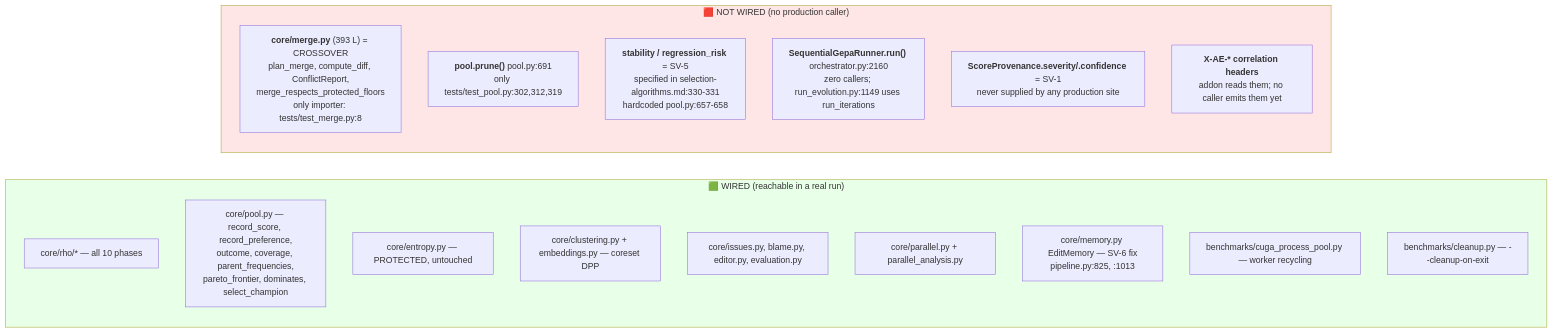
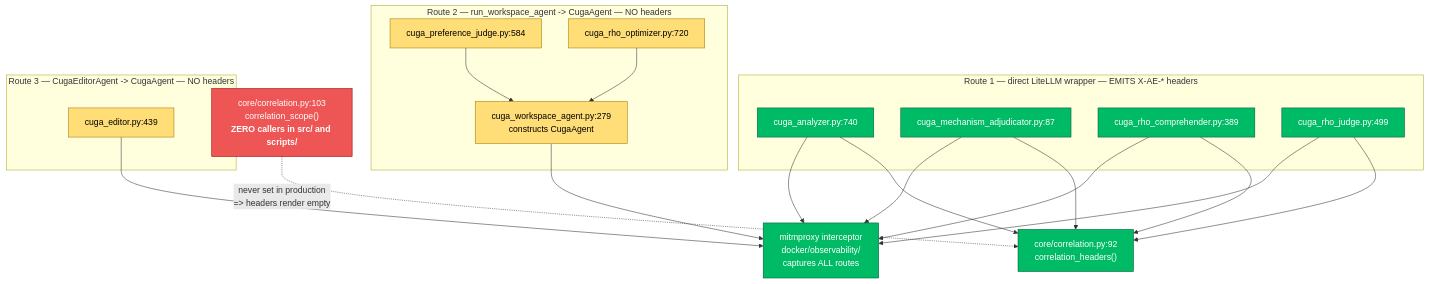
The fifth of 8 diagrams in docs/architecture/IMPLEMENTED-PIPELINE-MAP.md (one-little-step/AgentEvolve), drawn with Mermaid before and after one commit. The commit also changed other lines of this file and 8 other files, not shown here.

````diff
--- a/docs/architecture/IMPLEMENTED-PIPELINE-MAP.md
+++ b/docs/architecture/IMPLEMENTED-PIPELINE-MAP.md
@@ -272,26 +206,31 @@
 ```mermaid
-flowchart LR
-    subgraph WIRED["🟩 WIRED (reachable in a real run)"]
-      W1["core/rho/* — all 10 phases"]
-      W2["core/pool.py — record_score, record_preference,<br/>outcome, coverage, parent_frequencies,<br/>pareto_frontier, dominates, select_champion"]
-      W3["core/entropy.py — PROTECTED, untouched"]
-      W4["core/clustering.py + embeddings.py — coreset DPP"]
-      W5["core/issues.py, blame.py, editor.py, evaluation.py"]
-      W6["core/parallel.py + parallel_analysis.py"]
-      W7["core/memory.py EditMemory — SV-6 fix<br/>pipeline.py:825, :1013"]
-      W8["benchmarks/cuga_process_pool.py — worker recycling"]
-      W9["benchmarks/cleanup.py — --cleanup-on-exit"]
+flowchart TB
+    subgraph A["Route 1 — direct LiteLLM wrapper — EMITS X-AE-* headers"]
+        A1["cuga_analyzer.py:740"]:::live
+        A2["cuga_mechanism_adjudicator.py:87"]:::live
+        A3["cuga_rho_comprehender.py:389"]:::live
+        A4["cuga_rho_judge.py:499"]:::live
+    end
+    subgraph B["Route 2 — run_workspace_agent -> CugaAgent — NO headers"]
+        B1["cuga_preference_judge.py:584"]:::gap
+        B2["cuga_rho_optimizer.py:720"]:::gap
+        B3["cuga_workspace_agent.py:279<br/>constructs CugaAgent"]:::gap
+    end
+    subgraph C["Route 3 — CugaEditorAgent -> CugaAgent — NO headers"]
+        C1["cuga_editor.py:439"]:::gap
     end
 
-    subgraph DEAD["🟥 NOT WIRED (no production caller)"]
-      D1["<b>core/merge.py</b> (393 L) = CROSSOVER<br/>plan_merge, compute_diff, ConflictReport,<br/>merge_respects_protected_floors<br/>only importer: tests/test_merge.py:8"]
-      D2["<b>pool.prune()</b> pool.py:691<br/>only tests/test_pool.py:302,312,319"]
-      D3["<b>stability / regression_risk</b> = SV-5<br/>specified in selection-algorithms.md:330-331<br/>hardcoded pool.py:657-658"]
-      D4["<b>SequentialGepaRunner.run()</b> orchestrator.py:2160<br/>zero callers; run_evolution.py:1149 uses run_iterations"]
-      D5["<b>ScoreProvenance.severity/.confidence</b> = SV-1<br/>never supplied by any production site"]
-      D6["<b>X-AE-* correlation headers</b><br/>addon reads them; no caller emits them yet"]
-    end
+    HDR["core/correlation.py:92<br/>correlation_headers()"]:::live
+    SCOPE["core/correlation.py:103<br/>correlation_scope()<br/><b>ZERO callers in src/ and scripts/</b>"]:::dead
+    PROXY["mitmproxy interceptor<br/>docker/observability/<br/>captures ALL routes"]:::live
 
-    style DEAD fill:#ffe6e6
-    style WIRED fill:#e8ffe8
+    A1 & A2 & A3 & A4 --> HDR
+    SCOPE -.->|"never set in production<br/>=> headers render empty"| HDR
+    A1 & A2 & A3 & A4 --> PROXY
+    B1 & B2 --> B3 --> PROXY
+    C1 --> PROXY
+
+    classDef live fill:#0b6,stroke:#053,color:#fff
+    classDef gap fill:#fd7,stroke:#a70,color:#000
+    classDef dead fill:#e55,stroke:#900,color:#fff
 ```
````
